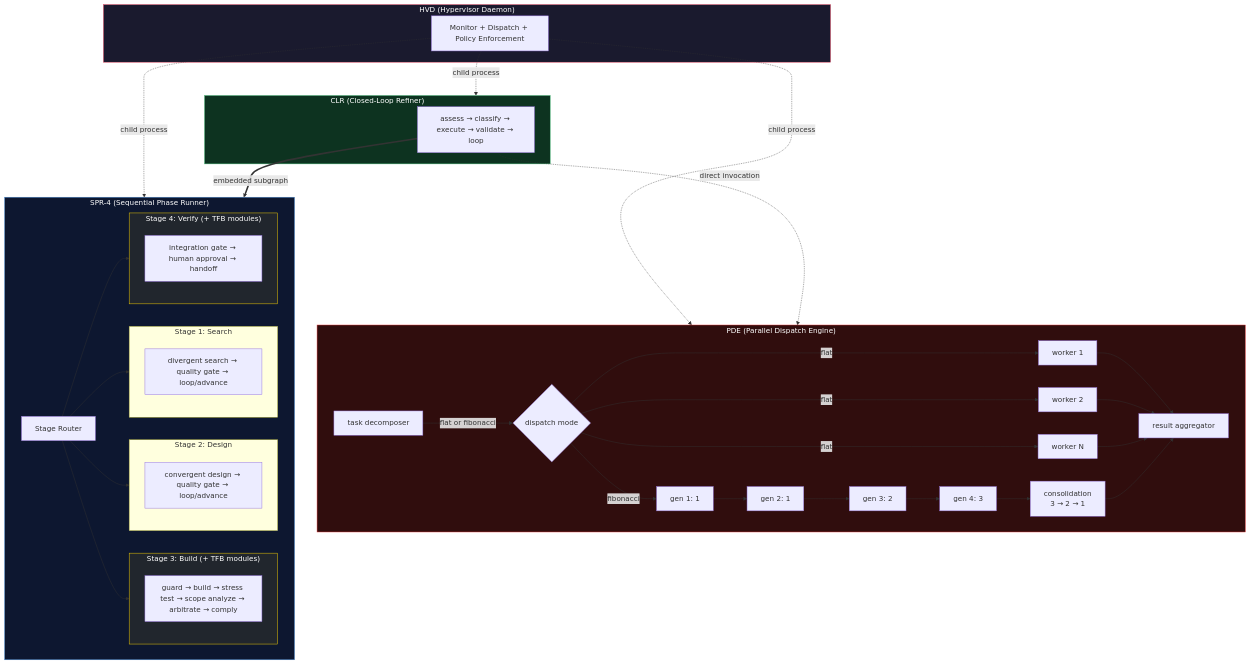
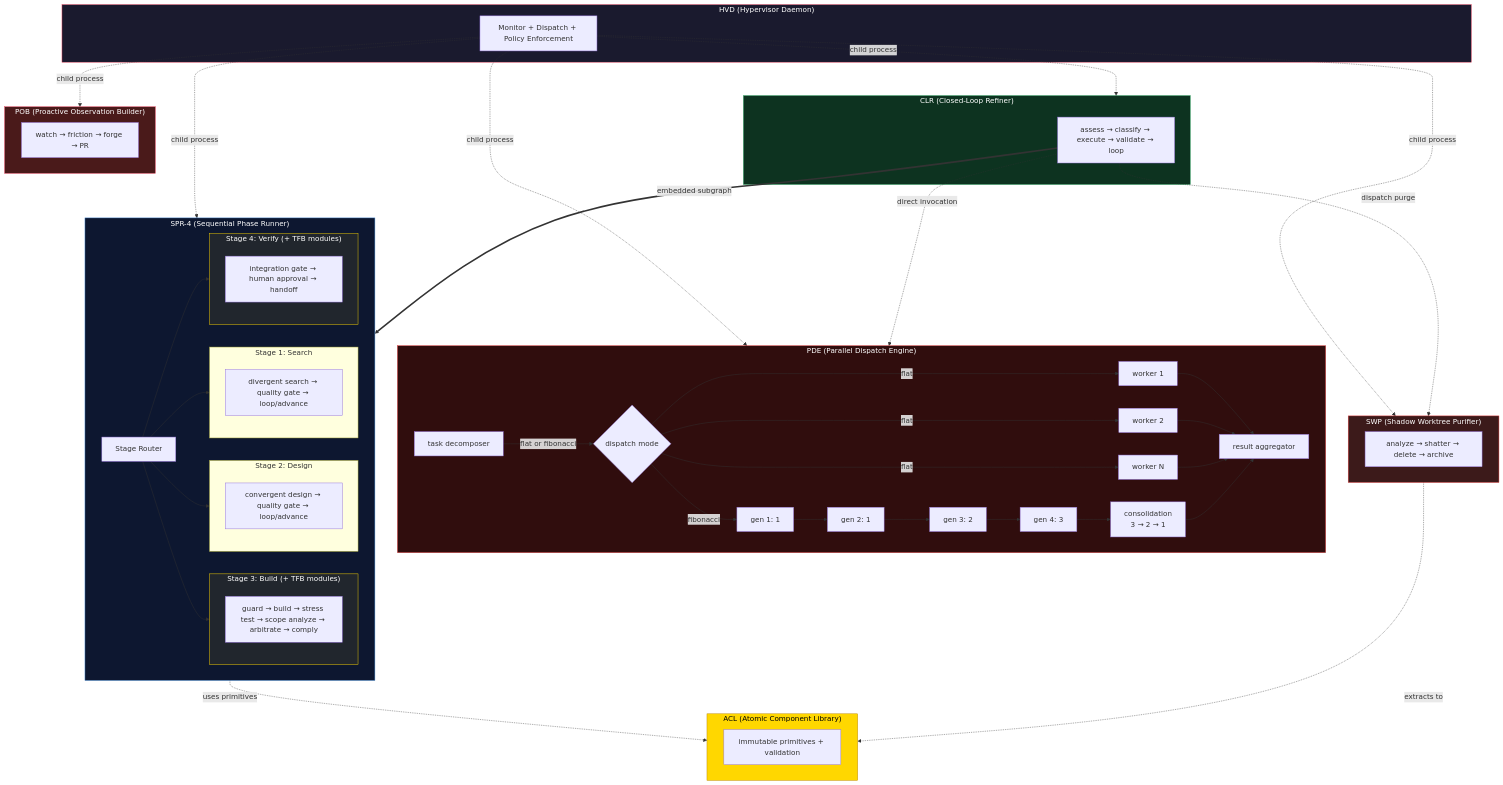
Before and after one commit to fsocietydisobey/genesis: diagram 14 of 15 in tasks/architecture-patterns-technical.md, drawn with Mermaid. The commit also changed other lines of this file and 2 other files, not shown here.

First line of the commit message:
add Otiyot, Revelation, Azerate to all architecture docs and genesis story

````diff
--- a/tasks/architecture-patterns-technical.md
+++ b/tasks/architecture-patterns-technical.md
@@ -522,56 +632,77 @@
 ```mermaid
 flowchart TB
     subgraph HVD_L["HVD (Hypervisor Daemon)"]
         MU["Monitor + Dispatch + Policy Enforcement"]
     end
 
     subgraph CLR_L["CLR (Closed-Loop Refiner)"]
         OL["assess → classify → execute → validate → loop"]
     end
 
     subgraph SPR_L["SPR-4 (Sequential Phase Runner)"]
         AL["Stage Router"]
 
         subgraph S1["Stage 1: Search"]
             RP["divergent search → quality gate → loop/advance"]
         end
         subgraph S2["Stage 2: Design"]
             PP["convergent design → quality gate → loop/advance"]
         end
         subgraph S3["Stage 3: Build (+ TFB modules)"]
             IP["guard → build → stress test → scope analyze → arbitrate → comply"]
         end
         subgraph S4["Stage 4: Verify (+ TFB modules)"]
             VP["integration gate → human approval → handoff"]
         end
 
         AL --> S1
         AL --> S2
         AL --> S3
         AL --> S4
     end
 
     subgraph PDE_L["PDE (Parallel Dispatch Engine)"]
         SV["task decomposer"] -->|"flat or fibonacci"| DM{dispatch mode}
         DM -->|"flat"| AG1["worker 1"] & AG2["worker 2"] & AGN["worker N"]
         DM -->|"fibonacci"| FG1["gen 1: 1"] --> FG2["gen 2: 1"] --> FG3["gen 3: 2"] --> FG4["gen 4: 3"]
         AG1 --> MG["result aggregator"]
         AG2 --> MG
         AGN --> MG
         FG4 --> FC["consolidation<br/>3 → 2 → 1"]
         FC --> MG
     end
 
     MU -.->|"child process"| CLR_L
     MU -.->|"child process"| PDE_L
     MU -.->|"child process"| SPR_L
+    MU -.->|"child process"| SWP_L
+    MU -.->|"child process"| POB_L
     OL ==>|"embedded subgraph"| SPR_L
     OL -.->|"direct invocation"| PDE_L
+    OL -.->|"dispatch purge"| SWP_L
 
+    subgraph SWP_L["SWP (Shadow Worktree Purifier)"]
+        SWP["analyze → shatter → delete → archive"]
+    end
+
+    subgraph POB_L["POB (Proactive Observation Builder)"]
+        POB["watch → friction → forge → PR"]
+    end
+
+    subgraph ACL_L["ACL (Atomic Component Library)"]
+        ACL["immutable primitives + validation"]
+    end
+
+    SPR_L -.->|"uses primitives"| ACL_L
+    SWP_L -.->|"extracts to"| ACL_L
+
+    style SWP_L fill:#3c1a1a,stroke:#e53e3e,color:#fff
+    style POB_L fill:#4a1a1a,stroke:#e94560,color:#fff
+    style ACL_L fill:#ffd700,stroke:#b8860b,color:#000
     style HVD_L fill:#1a1a2e,stroke:#e94560,color:#fff
     style CLR_L fill:#0d3320,stroke:#48bb78,color:#fff
     style SPR_L fill:#0d1730,stroke:#4a90d9,color:#fff
     style PDE_L fill:#300d0d,stroke:#e53e3e,color:#fff
     style S3 fill:#21262d,stroke:#ffd700,color:#fff
     style S4 fill:#21262d,stroke:#ffd700,color:#fff
 ```
````
